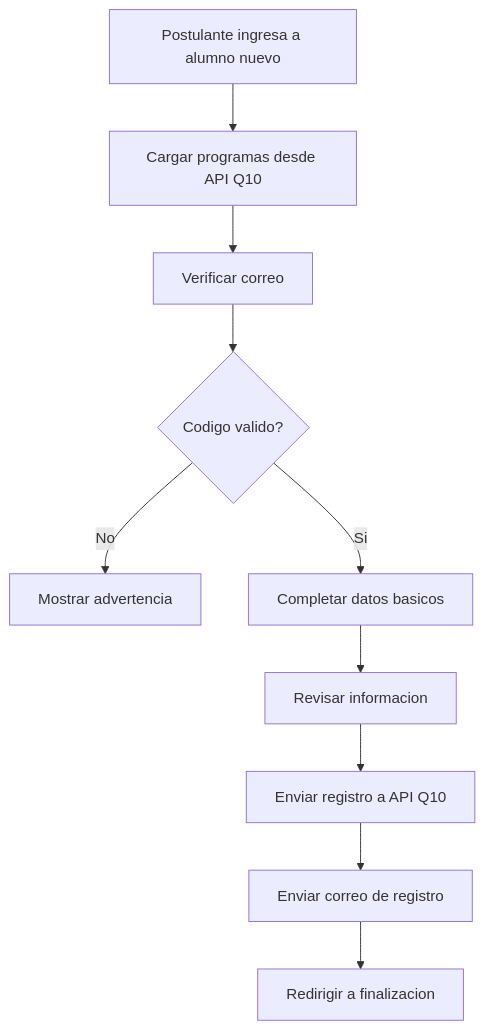
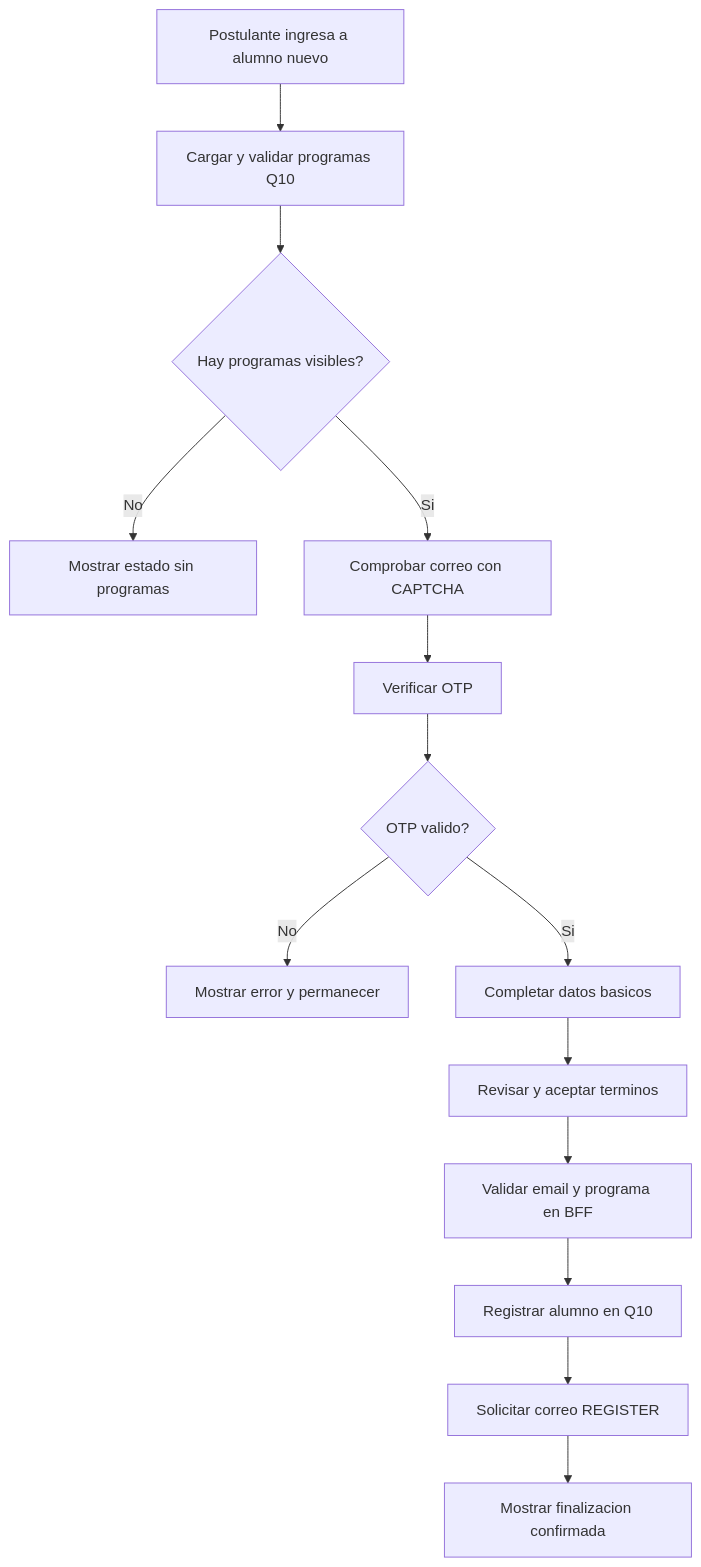
Before and after one commit to luismiguelgs/ciunac-sol-1.3: the diagram in docs/requirements/use-cases/solicitud-nuevo.md, drawn with Mermaid. The commit also changed other lines of this file and 334 other files, not shown here.

````diff
--- a/docs/requirements/use-cases/solicitud-nuevo.md
+++ b/docs/requirements/use-cases/solicitud-nuevo.md
@@ -29,12 +32,16 @@
 ```mermaid
 flowchart TD
-    Start["Postulante ingresa a alumno nuevo"] --> Programs["Cargar programas desde API Q10"]
-    Programs --> Verify["Verificar correo"]
-    Verify --> Code{"Codigo valido?"}
-    Code -->|No| VerifyError["Mostrar advertencia"]
-    Code -->|Si| Basic["Completar datos basicos"]
-    Basic --> Review["Revisar informacion"]
-    Review --> Register["Enviar registro a API Q10"]
-    Register --> Mail["Enviar correo de registro"]
-    Mail --> Finish["Redirigir a finalizacion"]
+    Start["Postulante ingresa a alumno nuevo"] --> Programs["Cargar y validar programas Q10"]
+    Programs --> Available{"Hay programas visibles?"}
+    Available -->|No| Empty["Mostrar estado sin programas"]
+    Available -->|Si| Email["Comprobar correo con CAPTCHA"]
+    Email --> OTP["Verificar OTP"]
+    OTP --> ValidOTP{"OTP valido?"}
+    ValidOTP -->|No| OTPError["Mostrar error y permanecer"]
+    ValidOTP -->|Si| Data["Completar datos basicos"]
+    Data --> Review["Revisar y aceptar terminos"]
+    Review --> BFF["Validar email y programa en BFF"]
+    BFF --> Q10["Registrar alumno en Q10"]
+    Q10 --> Mail["Solicitar correo REGISTER"]
+    Mail --> Finish["Mostrar finalizacion confirmada"]
 ```
````
